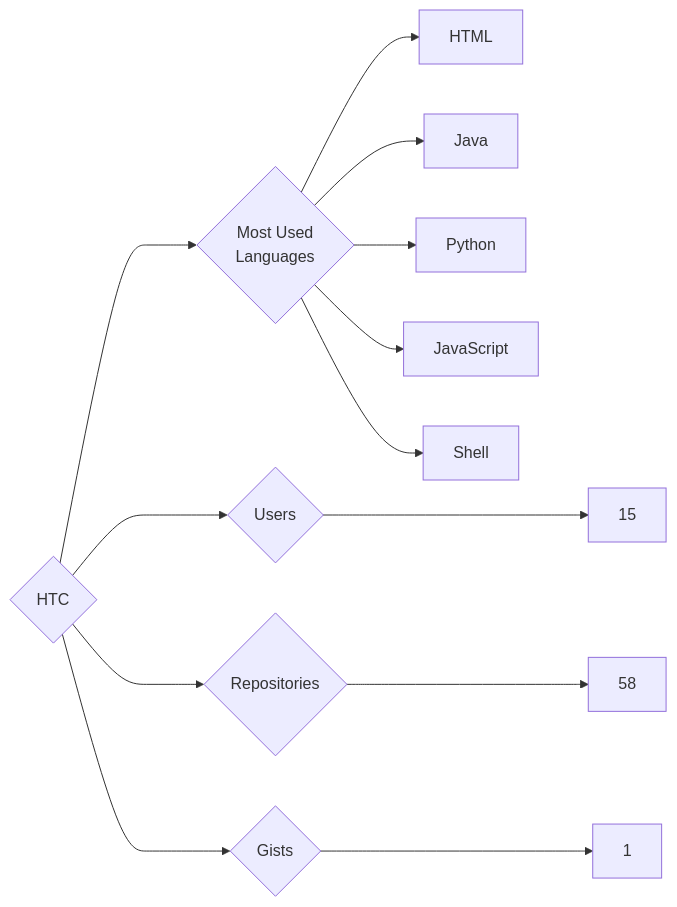
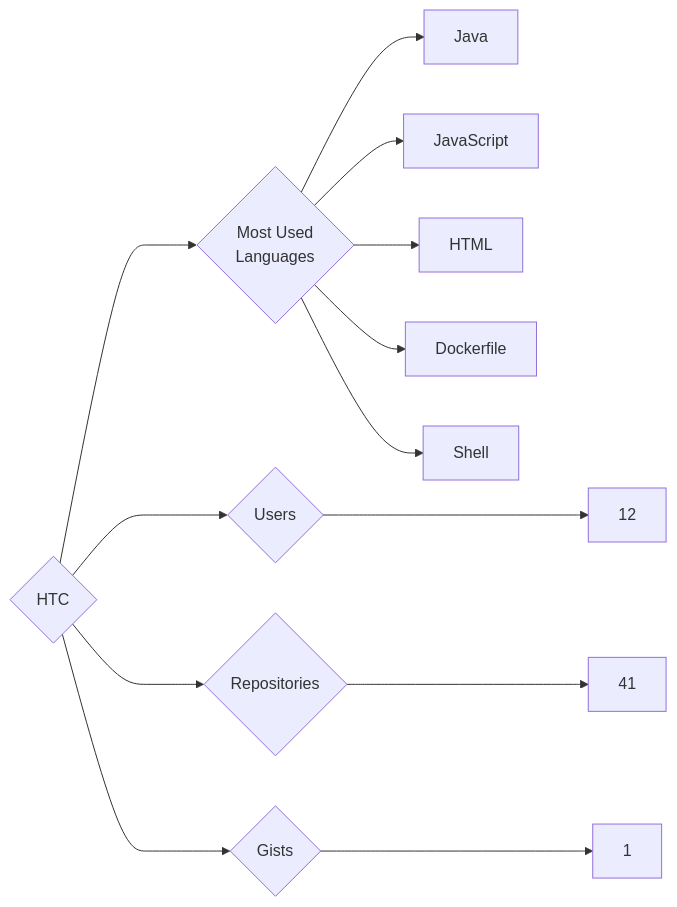
The diagram in targets/HTC/README.md (trickest/insiders), drawn with Mermaid before and after one commit. The commit also changed 569 other files, not shown here.

````diff
--- a/targets/HTC/README.md
+++ b/targets/HTC/README.md
@@ -3,13 +3,13 @@
 ```mermaid
 graph LR
 COMPANY_NAME{HTC}
-COMPANY_NAME ---> U{Users} ---> UN[15]
-COMPANY_NAME ---> R{Repositories} ---> RN[58]
+COMPANY_NAME ---> U{Users} ---> UN[12]
+COMPANY_NAME ---> R{Repositories} ---> RN[41]
 COMPANY_NAME ---> G{Gists} ---> GN[1]
 COMPANY_NAME ---> ML{Most Used<br>Languages}
+ML --> Java[Java]
+ML --> JavaScript[JavaScript]
 ML --> HTML[HTML]
-ML --> Java[Java]
-ML --> Python[Python]
-ML --> JavaScript[JavaScript]
+ML --> Dockerfile[Dockerfile]
 ML --> Shell[Shell]
 ```
````
